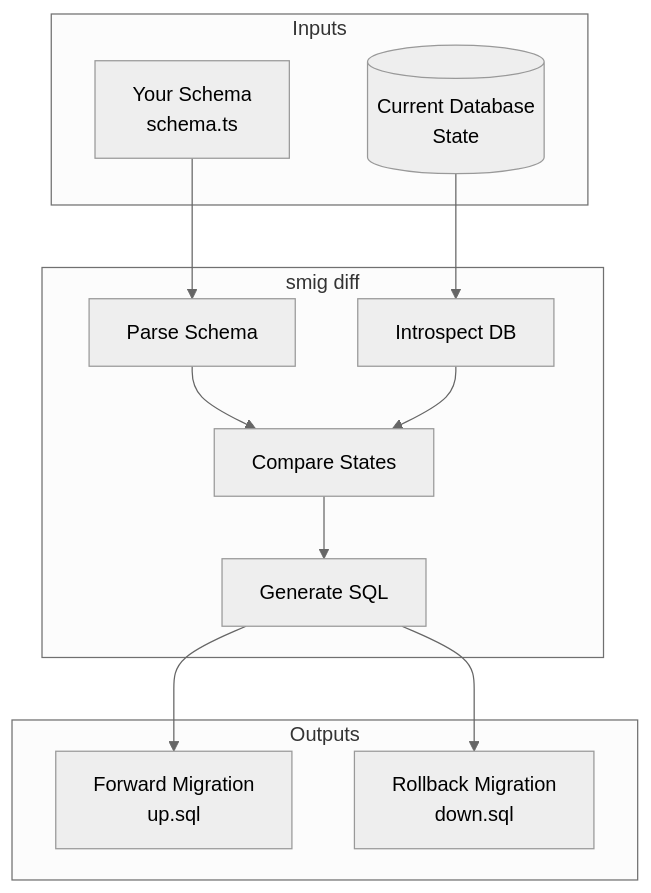
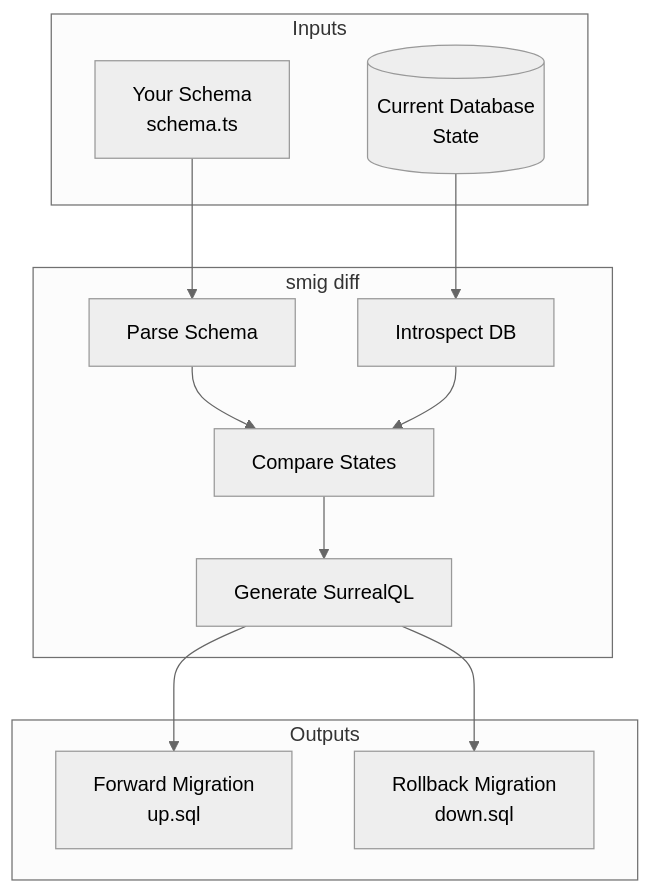
The diagram in docs/guides/migrations.md (kathysledge/smig), drawn with Mermaid (neutral theme) before and after one commit. The commit also changed other lines of this file and 32 other files, not shown here.

````diff
--- a/docs/guides/migrations.md
+++ b/docs/guides/migrations.md
@@ -9,27 +9,27 @@
 ```mermaid
 flowchart TB
     subgraph input [Inputs]
         Schema[Your Schema<br/>schema.ts]
         DB[(Current Database<br/>State)]
     end
     
     subgraph process [smig diff]
         Parse[Parse Schema]
         Introspect[Introspect DB]
         Compare[Compare States]
-        Generate[Generate SQL]
+        Generate[Generate SurrealQL]
     end
     
     subgraph output [Outputs]
         Up[Forward Migration<br/>up.sql]
         Down[Rollback Migration<br/>down.sql]
     end
     
     Schema --> Parse
     DB --> Introspect
     Parse --> Compare
     Introspect --> Compare
     Compare --> Generate
     Generate --> Up
     Generate --> Down
 ```
````
